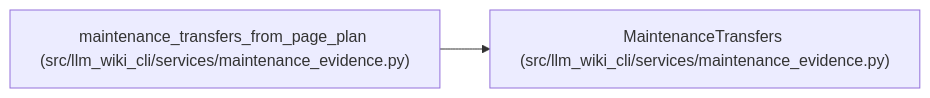
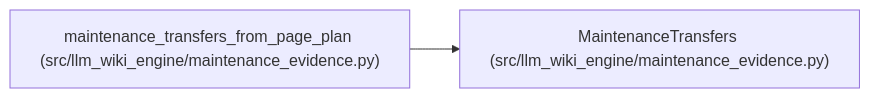
Before and after one commit to Denissvgn/python-wiki-llm: the diagram in docs/llm_wiki/entities/MaintenanceTransfers.md, drawn with Mermaid. The commit also changed other lines of this file and 1058 other files, not shown here.

````diff
--- a/docs/llm_wiki/entities/MaintenanceTransfers.md
+++ b/docs/llm_wiki/entities/MaintenanceTransfers.md
@@ -31,8 +31,8 @@
 ```mermaid
 flowchart LR
-    n0["MaintenanceTransfers (src/llm_wiki_cli/services/maintenance_evidence.py)"]
-    n1["maintenance_transfers_from_page_plan (src/llm_wiki_cli/services/maintenance_evidence.py)"]
+    n0["MaintenanceTransfers (src/llm_wiki_engine/maintenance_evidence.py)"]
+    n1["maintenance_transfers_from_page_plan (src/llm_wiki_engine/maintenance_evidence.py)"]
     n1 --> n0
     click n0 "../modules/maintenance_evidence.md"
     click n1 "../modules/maintenance_evidence.md"
 ```
````
